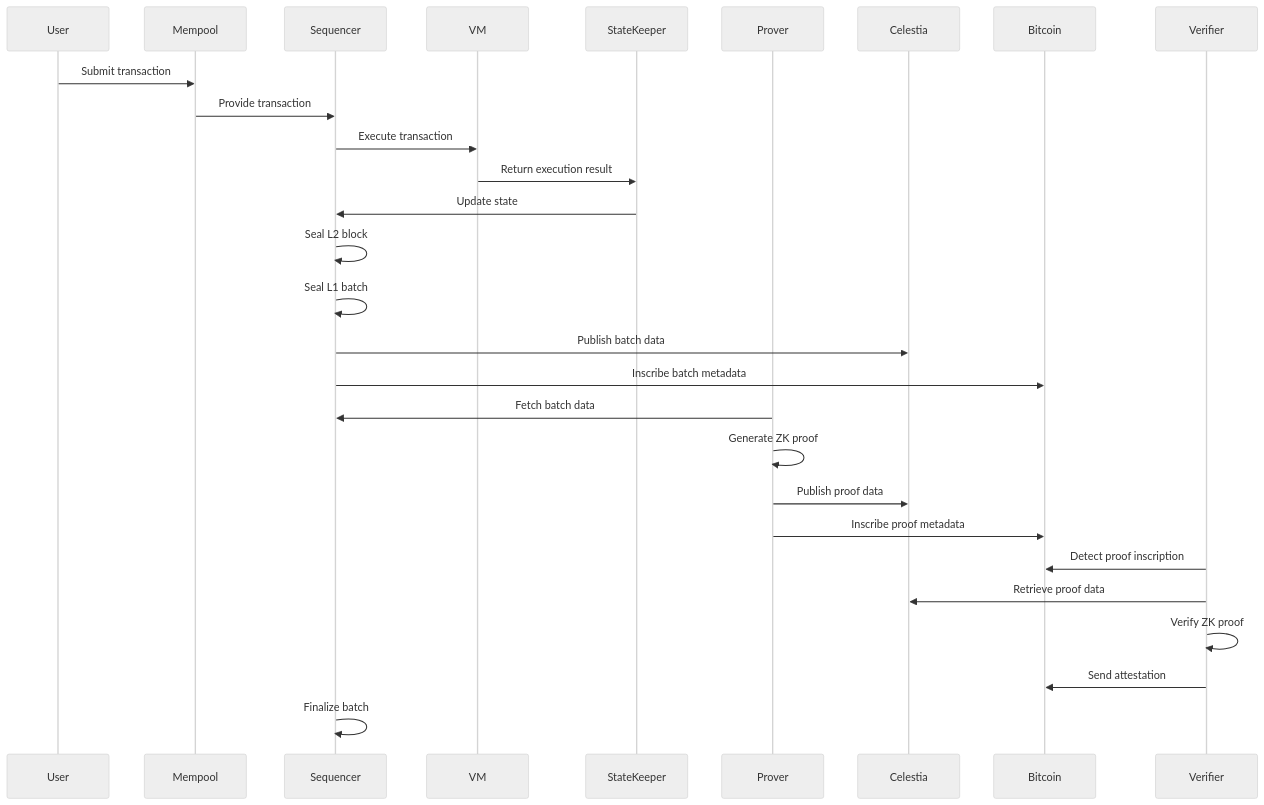
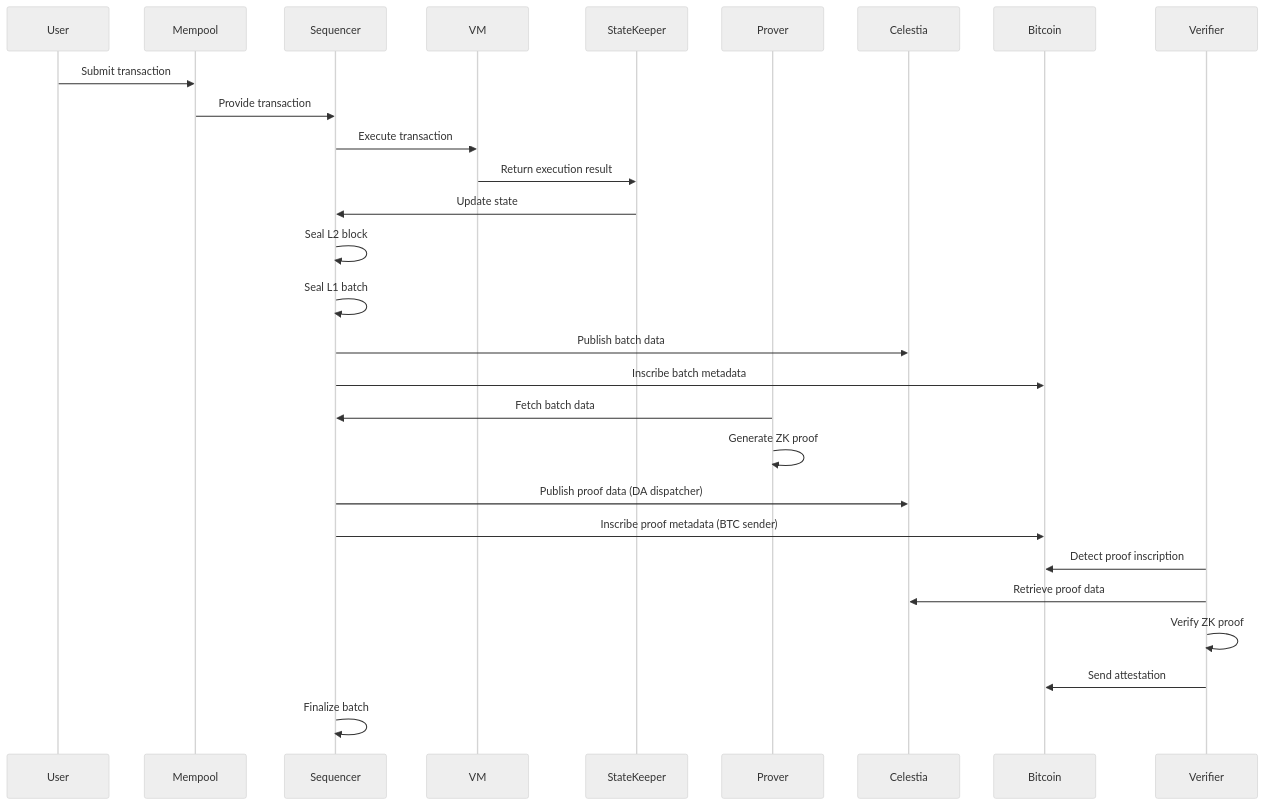
Before and after one commit to romanornr/via-core-docs: the second of 4 diagrams in architecture_overview.md, drawn with Mermaid (neutral theme). The commit also changed other lines of this file and 13 other files, not shown here.

````diff
--- a/architecture_overview.md
+++ b/architecture_overview.md
@@ -163,31 +163,31 @@
 ```mermaid
 sequenceDiagram
     participant User
     participant Mempool
     participant Sequencer
     participant VM
     participant StateKeeper
     participant Prover
     participant Celestia
     participant Bitcoin
     participant Verifier
 
     User->>Mempool: Submit transaction
     Mempool->>Sequencer: Provide transaction
     Sequencer->>VM: Execute transaction
     VM->>StateKeeper: Return execution result
     StateKeeper->>Sequencer: Update state
     Sequencer->>Sequencer: Seal L2 block
     Sequencer->>Sequencer: Seal L1 batch
     Sequencer->>Celestia: Publish batch data
     Sequencer->>Bitcoin: Inscribe batch metadata
     Prover->>Sequencer: Fetch batch data
     Prover->>Prover: Generate ZK proof
-    Prover->>Celestia: Publish proof data
-    Prover->>Bitcoin: Inscribe proof metadata
+    Sequencer->>Celestia: Publish proof data (DA dispatcher)
+    Sequencer->>Bitcoin: Inscribe proof metadata (BTC sender)
     Verifier->>Bitcoin: Detect proof inscription
     Verifier->>Celestia: Retrieve proof data
     Verifier->>Verifier: Verify ZK proof
     Verifier->>Bitcoin: Send attestation
     Sequencer->>Sequencer: Finalize batch
 ```
````
